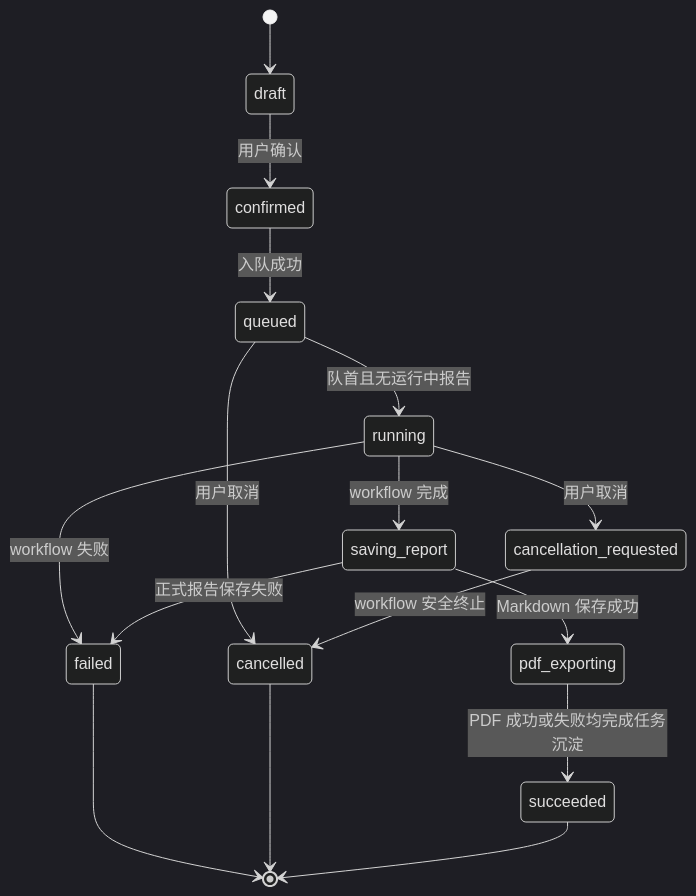
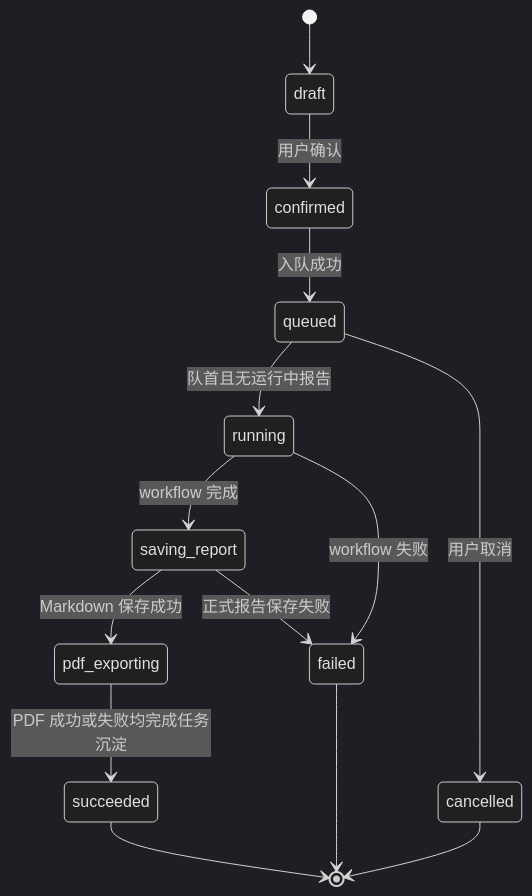
Before and after one commit to cflank/claw-trade: the third of 8 diagrams in docs/UI详细设计.md, drawn with Mermaid (dark theme). The commit also changed other lines of this file and 289 other files, not shown here.

````diff
--- a/docs/UI详细设计.md
+++ b/docs/UI详细设计.md
@@ -523,18 +604,16 @@
 ```mermaid
 stateDiagram-v2
   [*] --> draft
   draft --> confirmed: 用户确认
   confirmed --> queued: 入队成功
   queued --> running: 队首且无运行中报告
   queued --> cancelled: 用户取消
-  running --> cancellation_requested: 用户取消
-  cancellation_requested --> cancelled: workflow 安全终止
   running --> saving_report: workflow 完成
   saving_report --> pdf_exporting: Markdown 保存成功
   pdf_exporting --> succeeded: PDF 成功或失败均完成任务沉淀
   running --> failed: workflow 失败
   saving_report --> failed: 正式报告保存失败
   failed --> [*]
   cancelled --> [*]
   succeeded --> [*]
 ```
````
